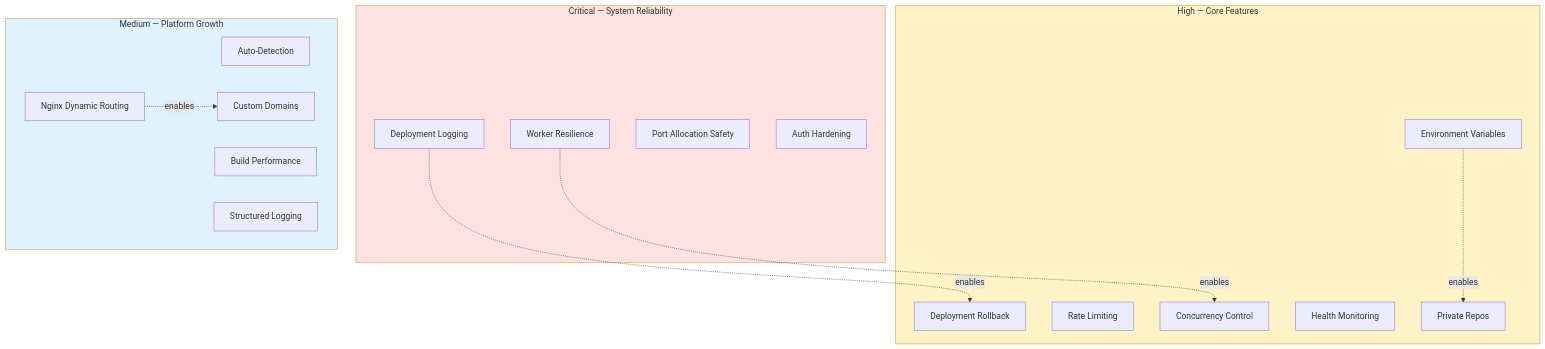
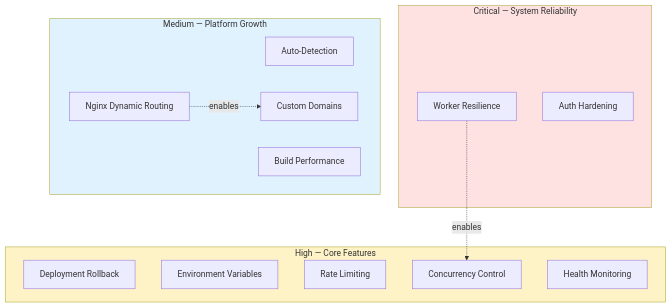
The diagram in docs/TODO.md (kpndevrootentri/dropdeploy), drawn with Mermaid before and after one commit. The commit also changed other lines of this file and 3 other files, not shown here.

Commit message:
docs: sync TODO and architecture docs with implemented features

````diff
--- a/docs/TODO.md
+++ b/docs/TODO.md
@@ -9,35 +9,29 @@
 ```mermaid
 graph TD
     subgraph Critical["Critical — System Reliability"]
-        C1[Deployment Logging]
         C2[Worker Resilience]
-        C3[Port Allocation Safety]
         C4[Auth Hardening]
     end
 
     subgraph High["High — Core Features"]
         H1[Deployment Rollback]
         H2[Environment Variables]
         H3[Rate Limiting]
         H4[Concurrency Control]
         H5[Health Monitoring]
-        H6[Private Repos]
     end
 
     subgraph Medium["Medium — Platform Growth"]
         M1[Auto-Detection]
         M2[Build Performance]
         M3[Custom Domains]
         M4[Nginx Dynamic Routing]
-        M5[Structured Logging]
     end
 
-    C1 -.->|enables| H1
     C2 -.->|enables| H4
-    H2 -.->|enables| H6
     M4 -.->|enables| M3
 
     style Critical fill:#fee2e2
     style High fill:#fef3c7
     style Medium fill:#e0f2fe
 ```
````
